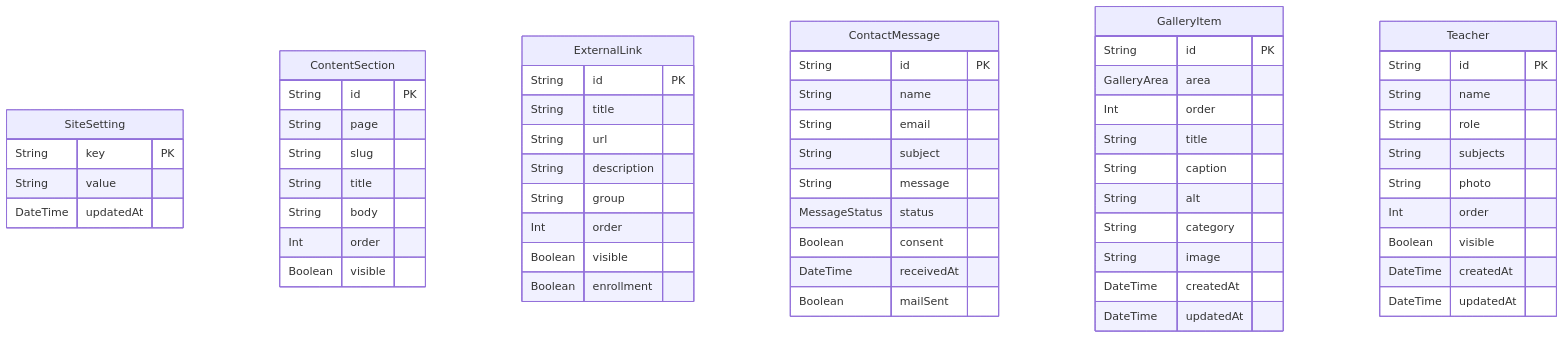
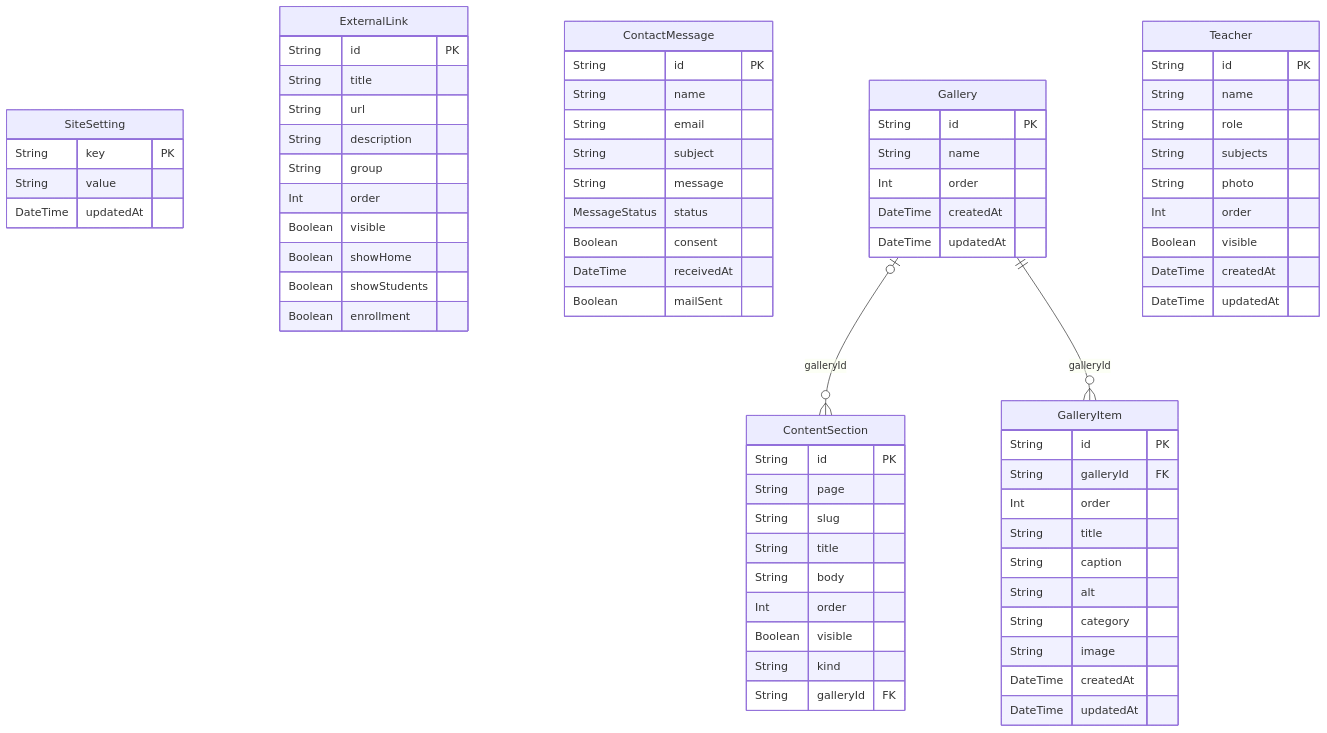
One commit to IFTS29-TalentoTech/ifts2-plataforma changed the diagram in docs/entrega/diagramas/der-sitio.mmd. Above: the diagram before and after it, drawn with Mermaid. The commit also changed 110 other files, not shown here.

```diff
--- a/docs/entrega/diagramas/der-sitio.mmd
+++ b/docs/entrega/diagramas/der-sitio.mmd
@@ -1,61 +1,74 @@
 %% Generado por scripts/docs/prisma-to-docs.mjs desde prisma/schema.prisma. No editar a mano.
 %% Contenido del sitio, galerías, plantel y contacto
 erDiagram
   SiteSetting {
     String key PK
     String value
     DateTime updatedAt
   }
   ContentSection {
     String id PK
     String page
     String slug
     String title
     String body
     Int order
     Boolean visible
+    String kind
+    String galleryId FK
   }
   ExternalLink {
     String id PK
     String title
     String url
     String description
     String group
     Int order
     Boolean visible
+    Boolean showHome
+    Boolean showStudents
     Boolean enrollment
   }
   ContactMessage {
     String id PK
     String name
     String email
     String subject
     String message
     MessageStatus status
     Boolean consent
     DateTime receivedAt
     Boolean mailSent
   }
+  Gallery {
+    String id PK
+    String name
+    Int order
+    DateTime createdAt
+    DateTime updatedAt
+  }
   GalleryItem {
     String id PK
-    GalleryArea area
+    String galleryId FK
     Int order
     String title
     String caption
     String alt
     String category
     String image
     DateTime createdAt
     DateTime updatedAt
   }
   Teacher {
     String id PK
     String name
     String role
     String subjects
     String photo
     Int order
     Boolean visible
     DateTime createdAt
     DateTime updatedAt
   }
+  Gallery |o--o{ ContentSection : "galleryId"
+  Gallery ||--o{ GalleryItem : "galleryId"
```
